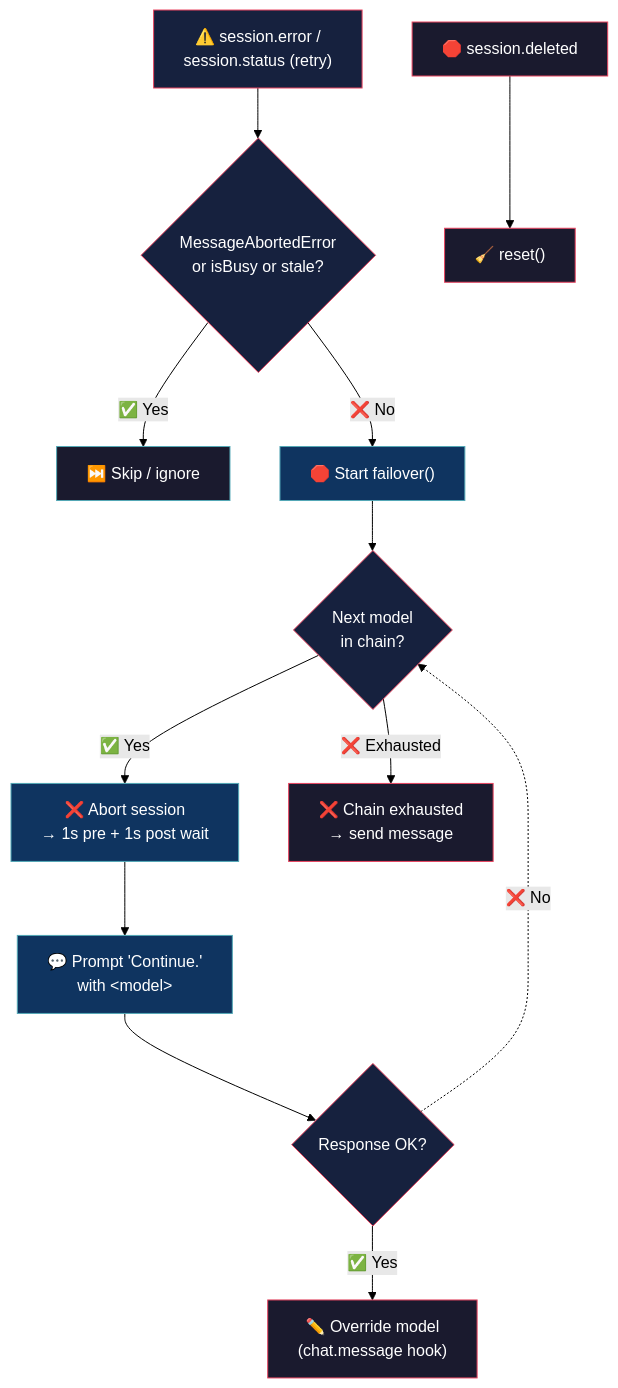
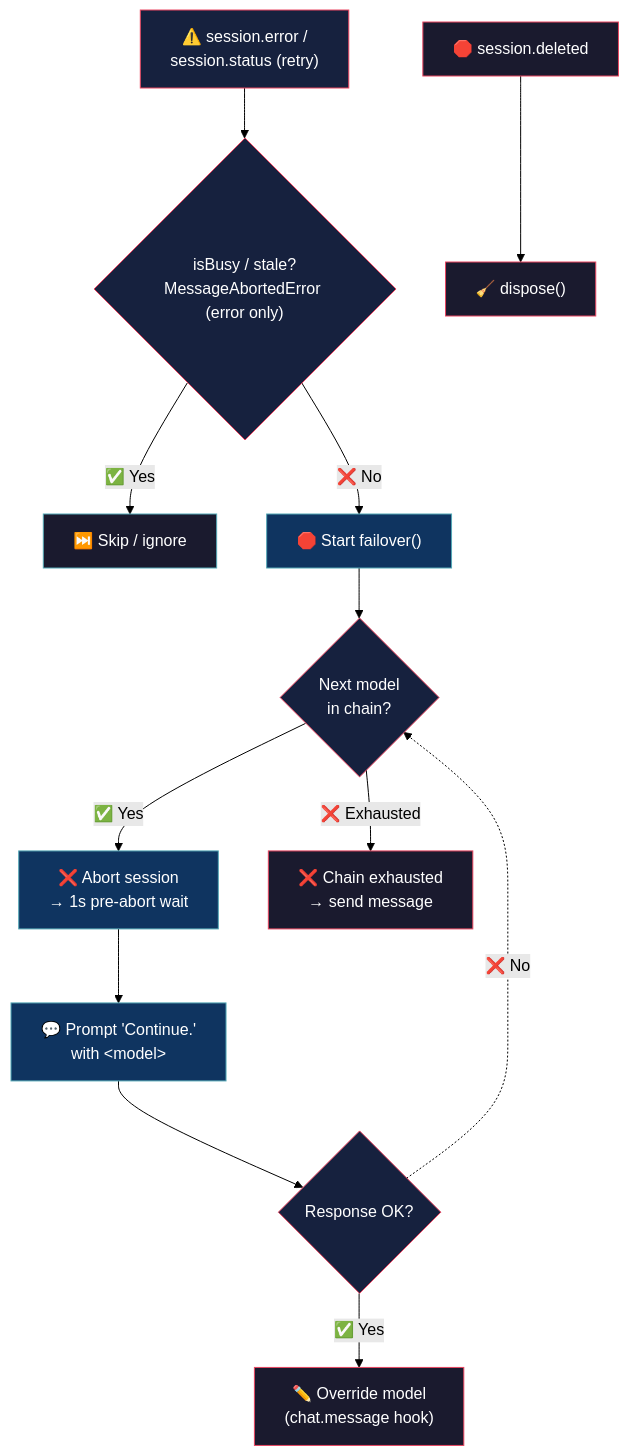
Before and after one commit to alejo54dev/opencode-model-failover: the diagram in README.md, drawn with Mermaid (forest theme). The commit also changed other lines of this file and 2 other files, not shown here.

````diff
--- a/README.md
+++ b/README.md
@@ -27,31 +27,31 @@
 ```mermaid
 flowchart TD
     A["⚠️ session.error /<br/>session.status (retry)"]
-    A --> B{"MessageAbortedError<br/>or isBusy or stale?"}
+    A --> B{"isBusy / stale?<br/>MessageAbortedError (error only)"}
     B -->|"✅ Yes"| C["⏭️ Skip / ignore"]
     B -->|"❌ No"| D["🛑 Start failover()"]
 
     D --> E{"Next model<br/>in chain?"}
-    E -->|"✅ Yes"| F["❌ Abort session<br/>→ 1s pre + 1s post wait"]
+    E -->|"✅ Yes"| F["❌ Abort session<br/>→ 1s pre-abort wait"]
     F --> G["💬 Prompt 'Continue.'<br/>with &lt;model&gt;"]
     G --> H{"Response OK?"}
     H -->|"✅ Yes"| I["✏️ Override model<br/>(chat.message hook)"]
     H -.->|"❌ No"| E
     E -->|"❌ Exhausted"| J["❌ Chain exhausted<br/>→ send message"]
 
     K["🛑 session.deleted"]
-    K --> L["🧹 reset()"]
+    K --> L["🧹 dispose()"]
 
     style A fill:#16213e,stroke:#e94560,color:#fff
     style B fill:#16213e,stroke:#e94560,color:#fff
     style C fill:#1a1a2e,stroke:#53a8b6,color:#fff
     style D fill:#0f3460,stroke:#53a8b6,color:#fff
     style E fill:#16213e,stroke:#e94560,color:#fff
     style F fill:#0f3460,stroke:#53a8b6,color:#fff
     style G fill:#0f3460,stroke:#53a8b6,color:#fff
     style H fill:#16213e,stroke:#e94560,color:#fff
     style I fill:#1a1a2e,stroke:#e94560,color:#fff
     style J fill:#1a1a2e,stroke:#e94560,color:#fff
     style K fill:#1a1a2e,stroke:#e94560,color:#fff
     style L fill:#1a1a2e,stroke:#e94560,color:#fff
 ```
````
